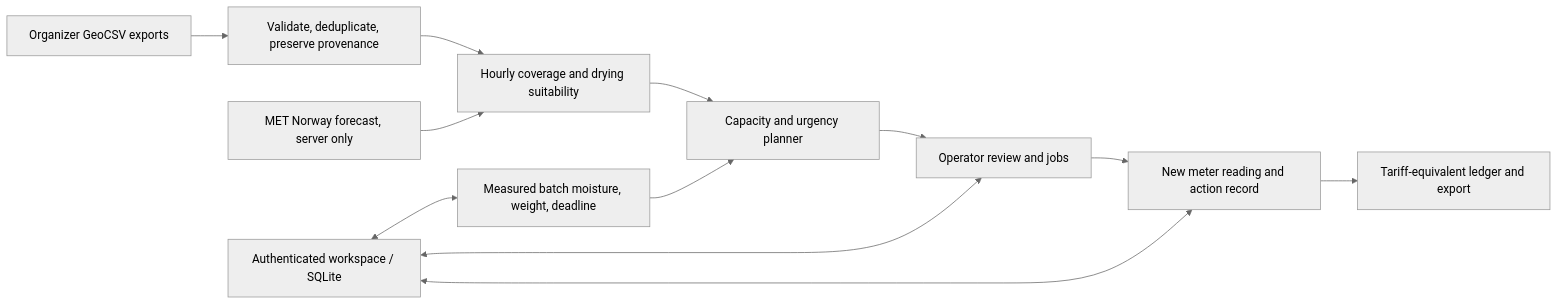
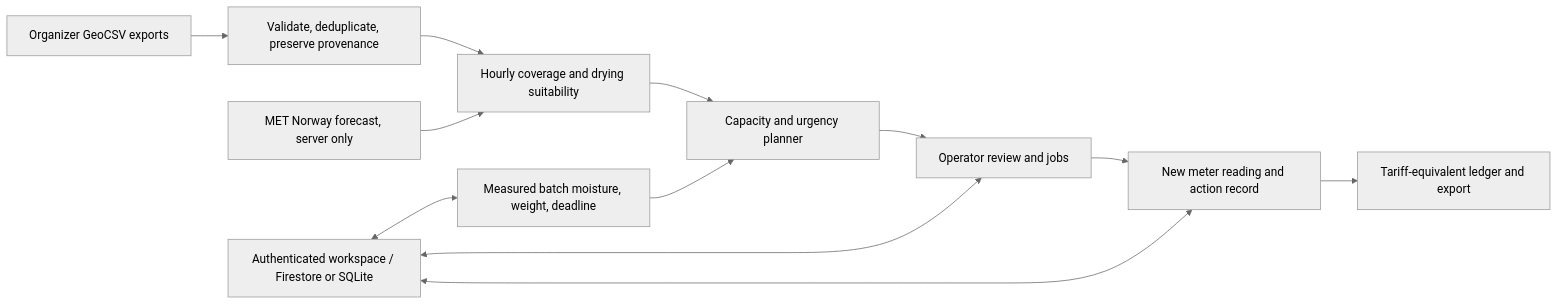
One commit to shi1720/Hack-The-Weather changed the diagram in README.md. Above: the diagram before and after it, drawn with Mermaid (neutral theme). The commit also changed other lines of this file and 36 other files, not shown here.

````diff
--- a/README.md
+++ b/README.md
@@ -101,14 +101,14 @@
 ```mermaid
 flowchart LR
   A[Organizer GeoCSV exports] --> B[Validate, deduplicate, preserve provenance]
   B --> C[Hourly coverage and drying suitability]
   M[MET Norway forecast, server only] --> C
   I[Measured batch moisture, weight, deadline] --> D[Capacity and urgency planner]
   C --> D
   D --> E[Operator review and jobs]
   E --> F[New meter reading and action record]
   F --> G[Tariff-equivalent ledger and export]
-  H[Authenticated workspace / SQLite] <--> I
+  H[Authenticated workspace / Firestore or SQLite] <--> I
   H <--> E
   H <--> F
 ```
````
